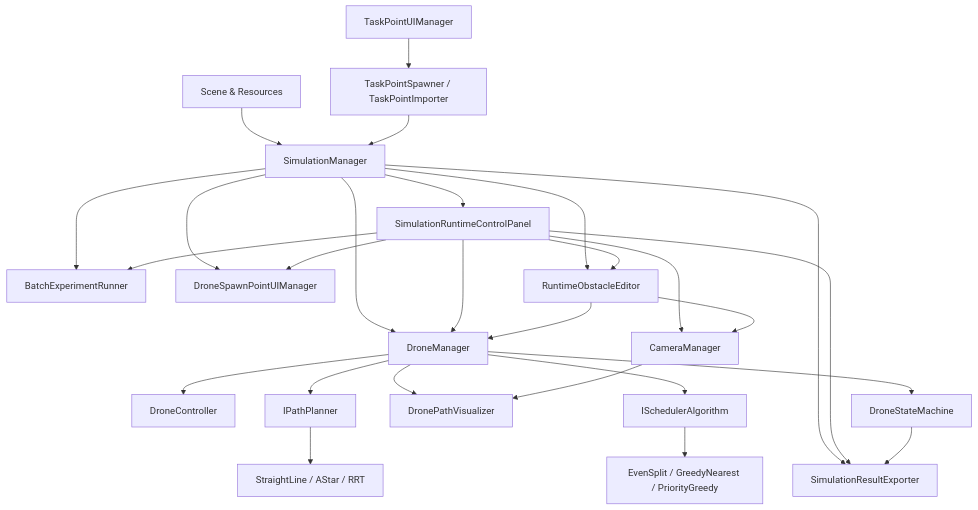
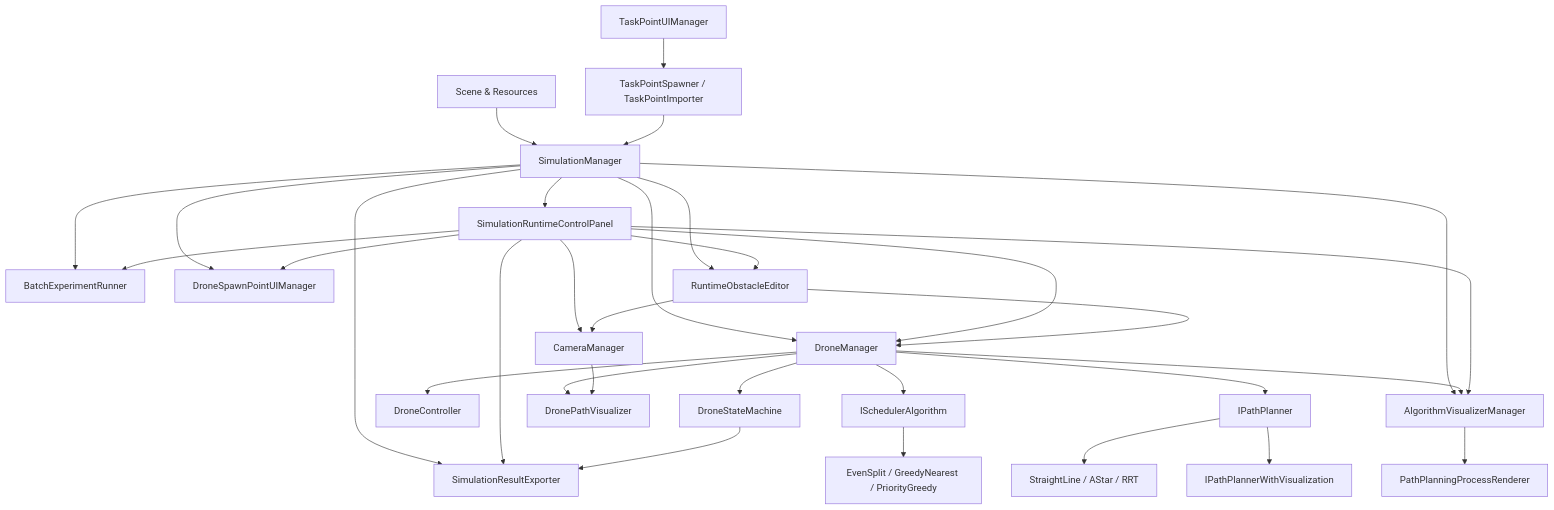
Before and after one commit to Ky233666/Ky_UAV: the diagram in docs/system-architecture.md, drawn with Mermaid. The commit also changed other lines of this file and 31 other files, not shown here.

Commit message:
Add path planning process visualization

````diff
--- a/docs/system-architecture.md
+++ b/docs/system-architecture.md
@@ -27,29 +28,34 @@
 ```mermaid
 flowchart TD
     A["Scene & Resources"] --> B["SimulationManager"]
     B --> C["SimulationRuntimeControlPanel"]
     B --> D["DroneManager"]
     B --> E["SimulationResultExporter"]
     B --> F["BatchExperimentRunner"]
     B --> G["DroneSpawnPointUIManager"]
     B --> P["RuntimeObstacleEditor"]
+    B --> Q["AlgorithmVisualizerManager"]
     D --> H["DroneController"]
     D --> I["DroneStateMachine"]
     D --> J["DronePathVisualizer"]
     D --> K["ISchedulerAlgorithm"]
     D --> L["IPathPlanner"]
+    D --> Q
     K --> K1["EvenSplit / GreedyNearest / PriorityGreedy"]
     L --> L1["StraightLine / AStar / RRT"]
+    L --> L2["IPathPlannerWithVisualization"]
     C --> D
     C --> E
     C --> F
     C --> G
     C --> P
     C --> M["CameraManager"]
+    C --> Q
     N["TaskPointUIManager"] --> O["TaskPointSpawner / TaskPointImporter"]
     O --> B
     P --> D
     P --> M
     I --> E
     M --> J
+    Q --> R["PathPlanningProcessRenderer"]
 ```
````
